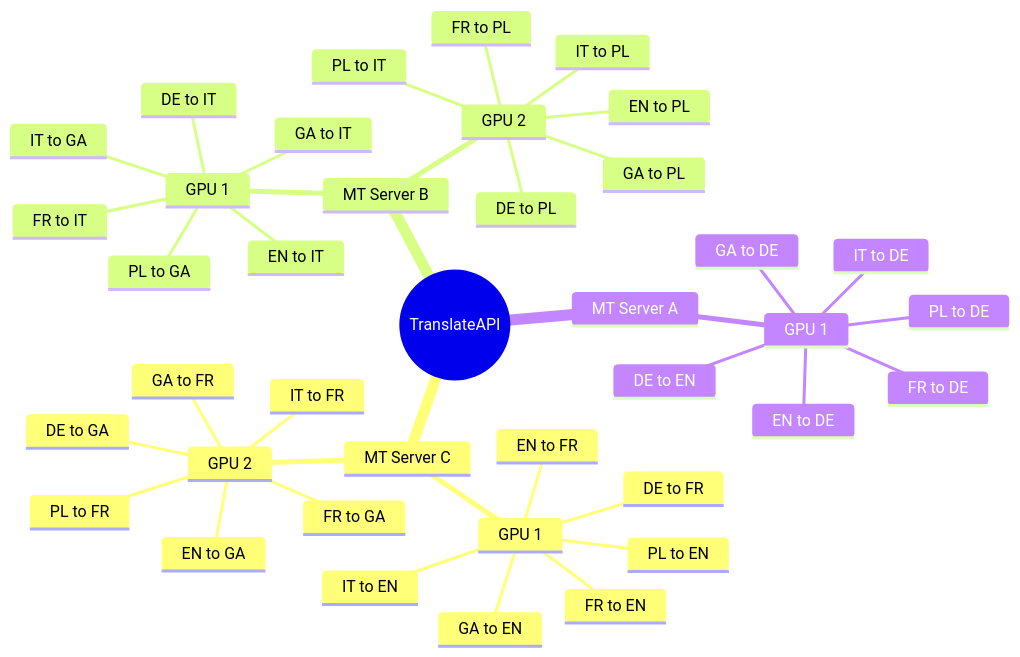
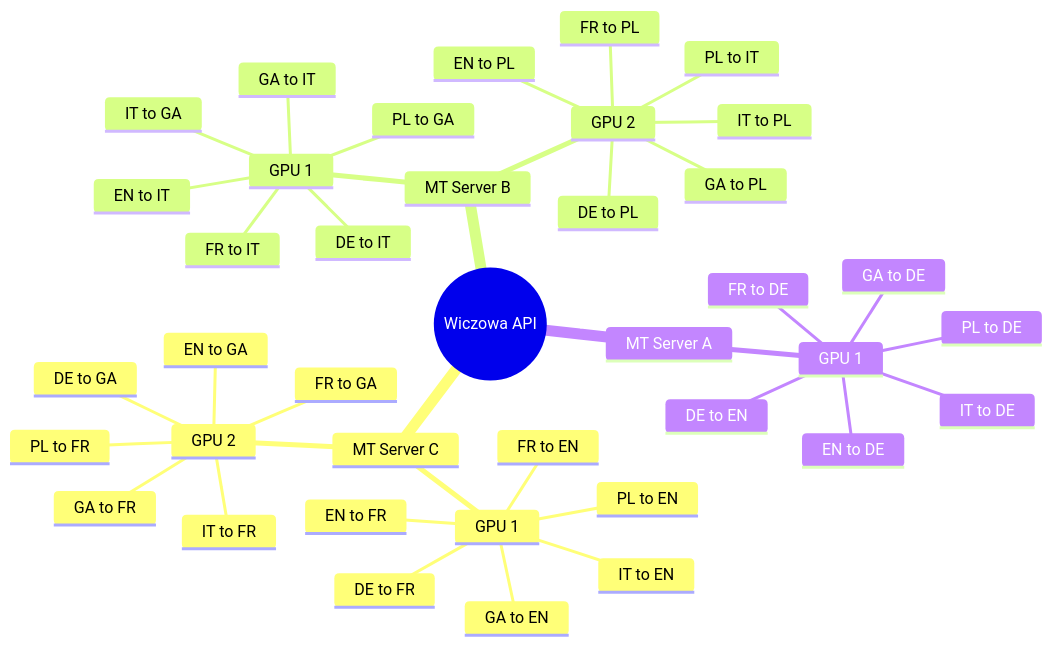
One commit to DanielGall500/Aniela changed the diagram in README.md. Above: the diagram before and after it, drawn with Mermaid. The commit also changed other lines of this file, not shown here.

````diff
--- a/README.md
+++ b/README.md
@@ -68,42 +59,42 @@
 ```mermaid
 mindmap
-  root((TranslateAPI))
+  root((Wiczowa API))
     MT Server C
         GPU 1
             DE to FR
             EN to FR
             FR to EN
             GA to EN
             IT to EN
             PL to EN
         GPU 2
             DE to GA
             EN to GA
             FR to GA
             GA to FR
             IT to FR
             PL to FR
     MT Server B
         GPU 1
            DE to IT
            EN to IT
            FR to IT
            GA to IT
            IT to GA
            PL to GA
         GPU 2
            DE to PL
            EN to PL
            FR to PL
            GA to PL
            IT to PL
            PL to IT
     MT Server A
         GPU 1
            DE to EN
            EN to DE
            FR to DE
            GA to DE
            IT to DE
            PL to DE
  ```
````
